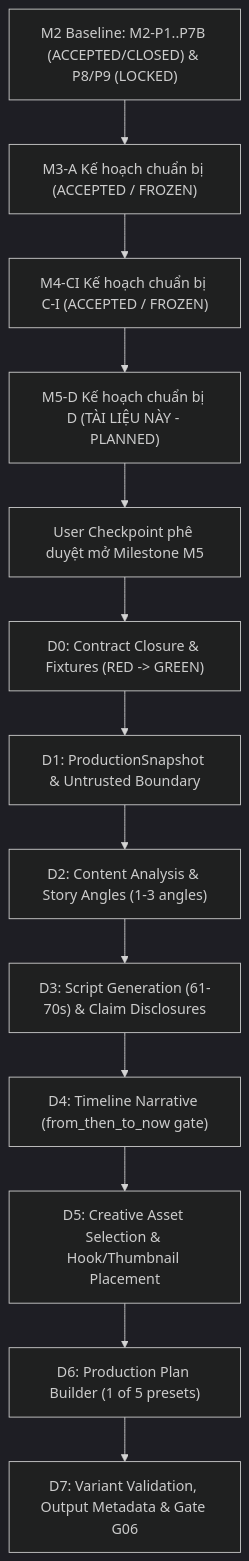
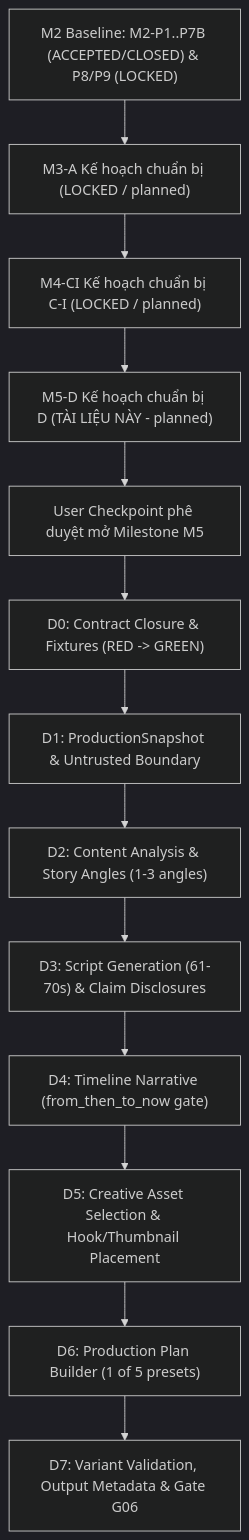
Before and after one commit to trungqwe/AI-Auto-Video-Creator: the diagram in docs/parallel-delivery/M5-D-execution-package.md, drawn with Mermaid (dark theme). The commit also changed other lines of this file, not shown here.

Commit message:
fix(parallel-delivery): update M5-D DAG and technical preconditions to fail-closed authority wording

````diff
--- a/docs/parallel-delivery/M5-D-execution-package.md
+++ b/docs/parallel-delivery/M5-D-execution-package.md
@@ -43,15 +43,15 @@
 ```mermaid
 graph TD
-    M2_BASELINE["M2 Baseline: M2-P1..P7B (ACCEPTED/CLOSED) & P8/P9 (LOCKED)"] --> M3A["M3-A Kế hoạch chuẩn bị (ACCEPTED / FROZEN)"]
-    M3A --> M4CI["M4-CI Kế hoạch chuẩn bị C-I (ACCEPTED / FROZEN)"]
-    M4CI --> M5D_PREP["M5-D Kế hoạch chuẩn bị D (TÀI LIỆU NÀY - PLANNED)"]
+    M2_BASELINE["M2 Baseline: M2-P1..P7B (ACCEPTED/CLOSED) & P8/P9 (LOCKED)"] --> M3A["M3-A Kế hoạch chuẩn bị (LOCKED / planned)"]
+    M3A --> M4CI["M4-CI Kế hoạch chuẩn bị C-I (LOCKED / planned)"]
+    M4CI --> M5D_PREP["M5-D Kế hoạch chuẩn bị D (TÀI LIỆU NÀY - planned)"]
     M5D_PREP --> USER_CKPT["User Checkpoint phê duyệt mở Milestone M5"]
     USER_CKPT --> D0["D0: Contract Closure & Fixtures (RED -> GREEN)"]
     D0 --> D1["D1: ProductionSnapshot & Untrusted Boundary"]
     D1 --> D2["D2: Content Analysis & Story Angles (1-3 angles)"]
     D2 --> D3["D3: Script Generation (61-70s) & Claim Disclosures"]
     D3 --> D4["D4: Timeline Narrative (from_then_to_now gate)"]
     D4 --> D5["D5: Creative Asset Selection & Hook/Thumbnail Placement"]
     D5 --> D6["D6: Production Plan Builder (1 of 5 presets)"]
     D6 --> D7["D7: Variant Validation, Output Metadata & Gate G06"]
 ```
````
